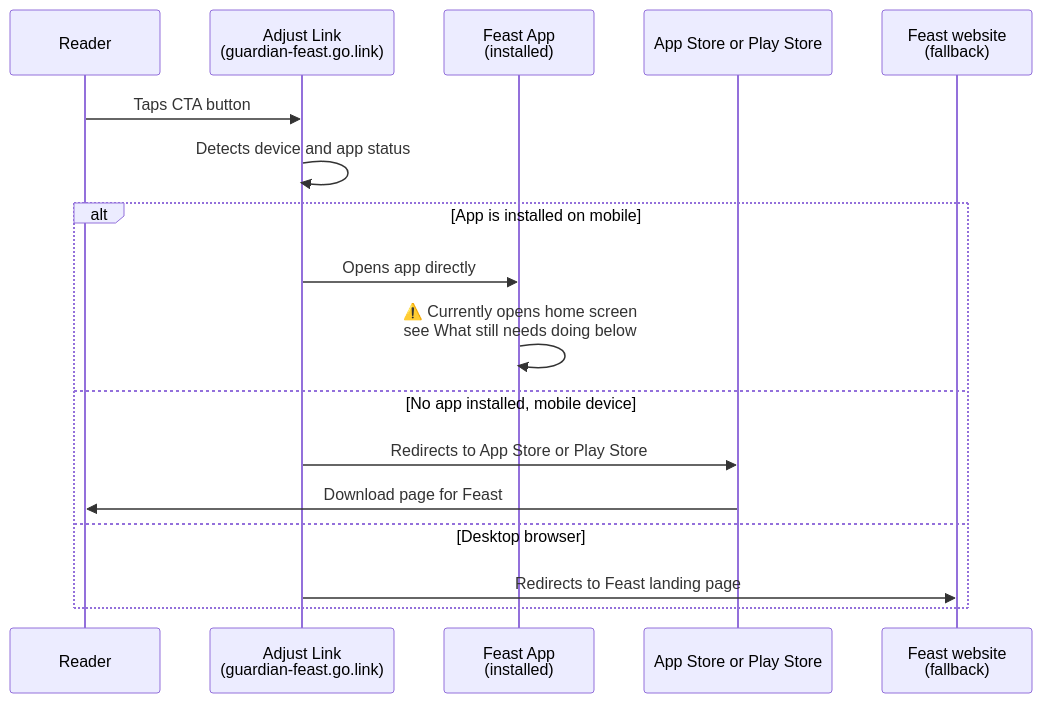
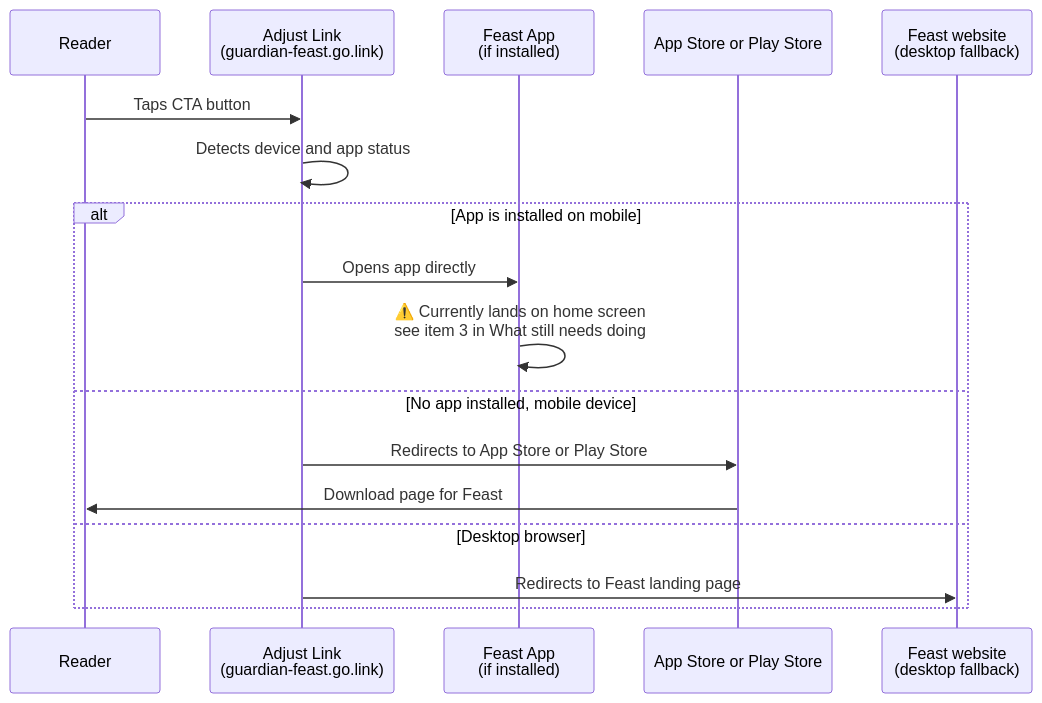
One commit to guardian/dotcom-rendering changed the third of 8 diagrams in dotcom-rendering/docs/feast-recipe-nudges.md. Above: the diagram before and after it, drawn with Mermaid. The commit also changed other lines of this file, not shown here.

Commit message:
Refine Feast Recipe Nudges documentation for clarity and consistency

````diff
--- a/dotcom-rendering/docs/feast-recipe-nudges.md
+++ b/dotcom-rendering/docs/feast-recipe-nudges.md
@@ -134,21 +134,21 @@
 ```mermaid
 sequenceDiagram
     participant Reader
     participant Adjust as Adjust Link<br/>(guardian-feast.go.link)
-    participant App as Feast App<br/>(installed)
+    participant App as Feast App<br/>(if installed)
     participant Store as App Store or Play Store
-    participant Web as Feast website<br/>(fallback)
+    participant Web as Feast website<br/>(desktop fallback)
 
     Reader->>Adjust: Taps CTA button
     Adjust->>Adjust: Detects device and app status
 
     alt App is installed on mobile
         Adjust->>App: Opens app directly
-        App->>App: ⚠️ Currently opens home screen<br/>see What still needs doing below
+        App->>App: ⚠️ Currently lands on home screen<br/>see item 3 in What still needs doing
     else No app installed, mobile device
         Adjust->>Store: Redirects to App Store or Play Store
         Store->>Reader: Download page for Feast
     else Desktop browser
         Adjust->>Web: Redirects to Feast landing page
     end
 ```
````
